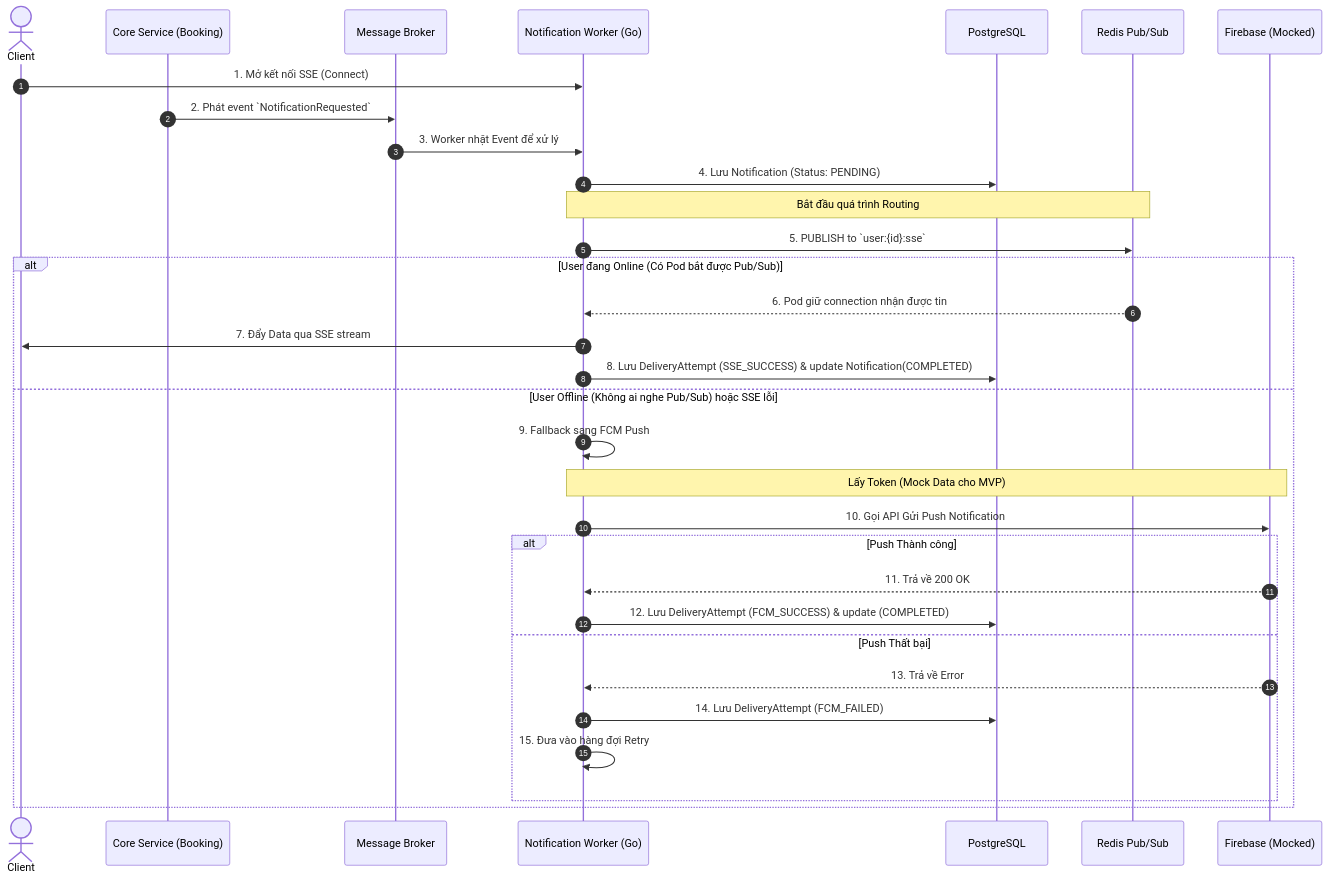
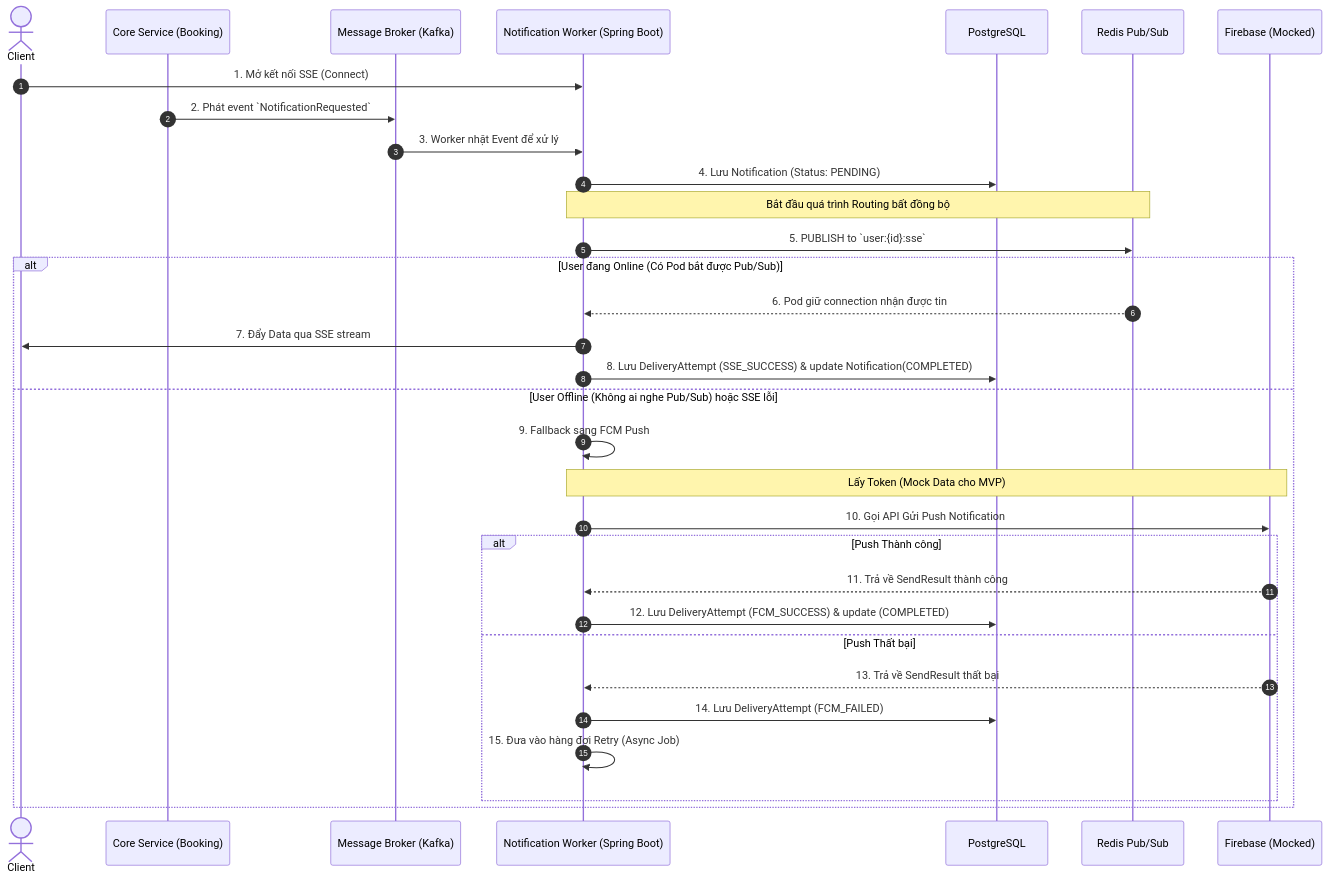
One commit to tianshi04/rent-a-girlfriend changed the diagram in services/notification-service/docs/architecture.md. Above: the diagram before and after it, drawn with Mermaid. The commit also changed other lines of this file and 198 other files, not shown here.

First line of the commit message:
feat(notification): Implement notification service architecture and event integration (#21)

````diff
--- a/services/notification-service/docs/architecture.md
+++ b/services/notification-service/docs/architecture.md
@@ -41,40 +40,40 @@
 ```mermaid
 sequenceDiagram
     autonumber
     actor Client
     participant Core as Core Service (Booking)
-    participant Broker as Message Broker
-    participant Worker as Notification Worker (Go)
+    participant Broker as Message Broker (Kafka)
+    participant Worker as Notification Worker (Spring Boot)
     participant PG as PostgreSQL
     participant Redis as Redis Pub/Sub
     participant FCM as Firebase (Mocked)
 
     Client->>Worker: 1. Mở kết nối SSE (Connect)
     Core->>Broker: 2. Phát event `NotificationRequested`
     Broker->>Worker: 3. Worker nhặt Event để xử lý
     
     Worker->>PG: 4. Lưu Notification (Status: PENDING)
     
-    Note over Worker,Redis: Bắt đầu quá trình Routing
+    Note over Worker,Redis: Bắt đầu quá trình Routing bất đồng bộ
     Worker->>Redis: 5. PUBLISH to `user:{id}:sse`
     
     alt User đang Online (Có Pod bắt được Pub/Sub)
         Redis-->>Worker: 6. Pod giữ connection nhận được tin
         Worker->>Client: 7. Đẩy Data qua SSE stream
         Worker->>PG: 8. Lưu DeliveryAttempt (SSE_SUCCESS) & update Notification(COMPLETED)
     else User Offline (Không ai nghe Pub/Sub) hoặc SSE lỗi
         Worker->>Worker: 9. Fallback sang FCM Push
         
         Note over Worker,FCM: Lấy Token (Mock Data cho MVP)
         Worker->>FCM: 10. Gọi API Gửi Push Notification
         
         alt Push Thành công
-            FCM-->>Worker: 11. Trả về 200 OK
+            FCM-->>Worker: 11. Trả về SendResult thành công
             Worker->>PG: 12. Lưu DeliveryAttempt (FCM_SUCCESS) & update (COMPLETED)
         else Push Thất bại
-            FCM-->>Worker: 13. Trả về Error
+            FCM-->>Worker: 13. Trả về SendResult thất bại
             Worker->>PG: 14. Lưu DeliveryAttempt (FCM_FAILED)
-            Worker->>Worker: 15. Đưa vào hàng đợi Retry
+            Worker->>Worker: 15. Đưa vào hàng đợi Retry (Async Job)
         end
     end
 ```
````
